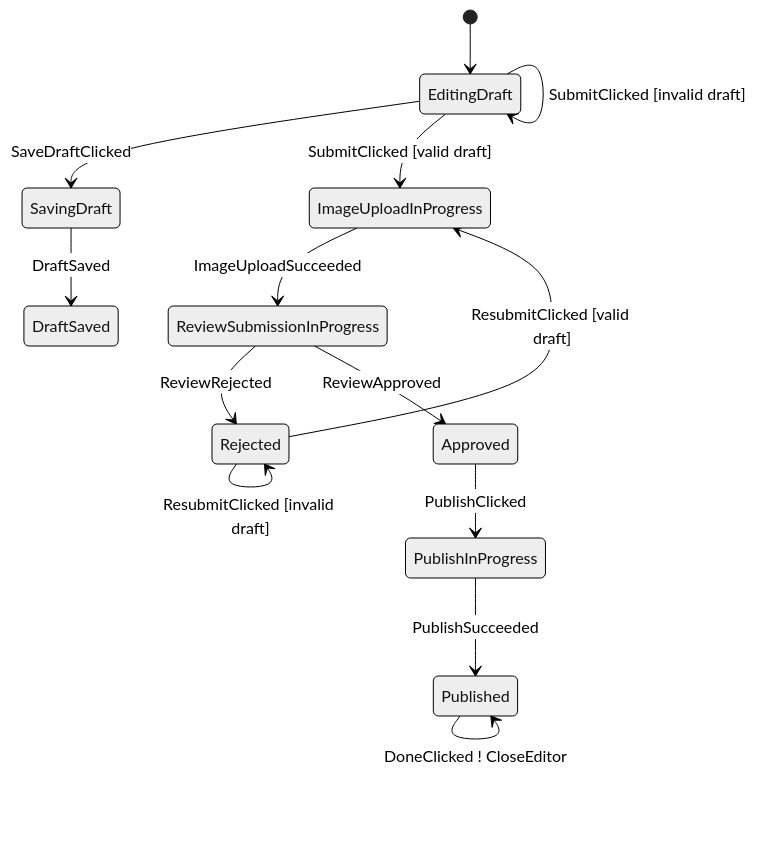
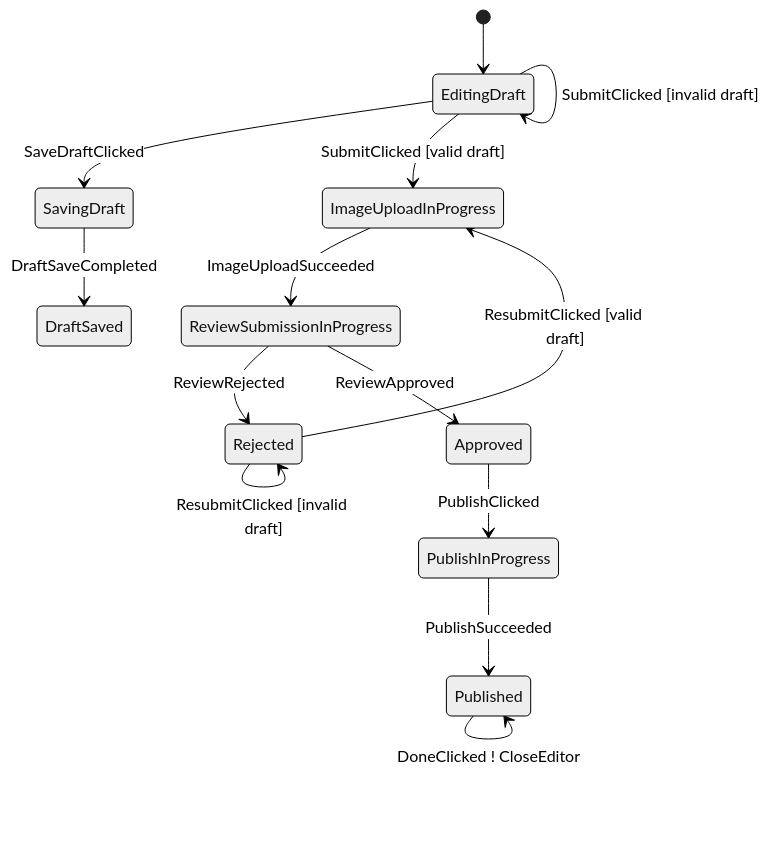
Before and after one commit to kez-lab/afsm: the diagram in docs/product-editor-walkthrough.md, drawn with Mermaid (neutral theme). The commit also changed 10 other files, not shown here.

````diff
--- a/docs/product-editor-walkthrough.md
+++ b/docs/product-editor-walkthrough.md
@@ -26,16 +26,16 @@
 ```mermaid
 stateDiagram-v2
   [*] --> EditingDraft
   EditingDraft --> SavingDraft: SaveDraftClicked
-  SavingDraft --> DraftSaved: DraftSaved
+  SavingDraft --> DraftSaved: DraftSaveCompleted
   EditingDraft --> ImageUploadInProgress: SubmitClicked [valid draft]
   EditingDraft --> EditingDraft: SubmitClicked [invalid draft]
   ImageUploadInProgress --> ReviewSubmissionInProgress: ImageUploadSucceeded
   ReviewSubmissionInProgress --> Rejected: ReviewRejected
   Rejected --> ImageUploadInProgress: ResubmitClicked [valid draft]
   Rejected --> Rejected: ResubmitClicked [invalid draft]
   ReviewSubmissionInProgress --> Approved: ReviewApproved
   Approved --> PublishInProgress: PublishClicked
   PublishInProgress --> Published: PublishSucceeded
   Published --> Published: DoneClicked ! CloseEditor
 ```
````
